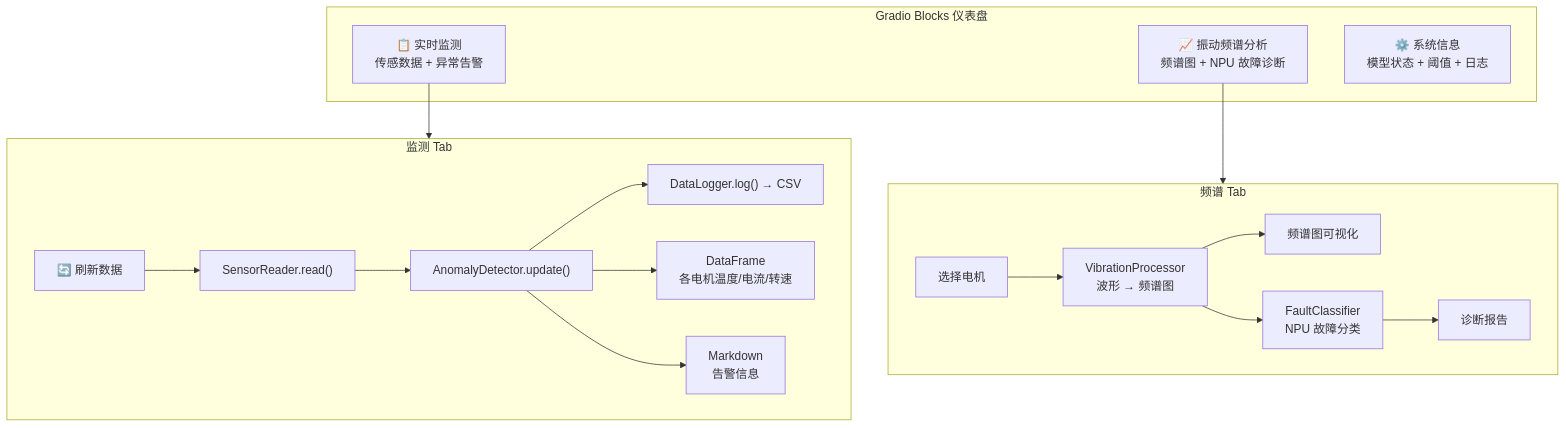
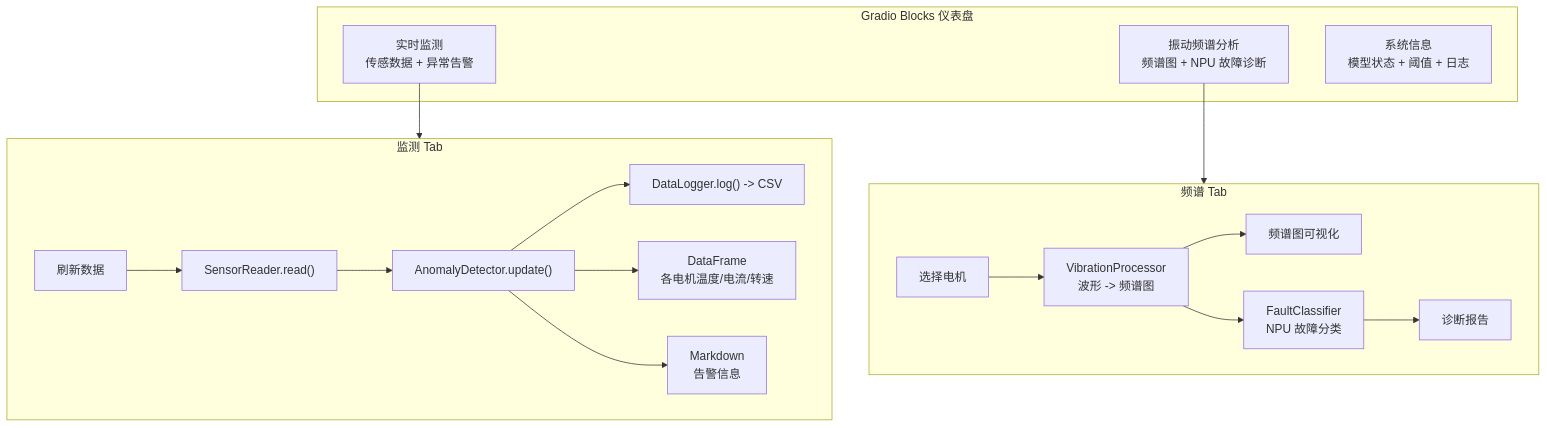
The sixth of 7 diagrams in src/experiment/case5.md (zhouxzh/Ascend310), drawn with Mermaid before and after one commit. The commit also changed other lines of this file and 51 other files, not shown here.

````diff
--- a/src/experiment/case5.md
+++ b/src/experiment/case5.md
@@ -382,26 +382,26 @@
 ```mermaid
 flowchart TD
     subgraph UI["Gradio Blocks 仪表盘"]
-        TAB1["📋 实时监测\n传感数据 + 异常告警"]
-        TAB2["📈 振动频谱分析\n频谱图 + NPU 故障诊断"]
-        TAB3["⚙️ 系统信息\n模型状态 + 阈值 + 日志"]
+        TAB1[" 实时监测\n传感数据 + 异常告警"]
+        TAB2[" 振动频谱分析\n频谱图 + NPU 故障诊断"]
+        TAB3[" 系统信息\n模型状态 + 阈值 + 日志"]
     end
 
     subgraph TAB1_DETAIL["监测 Tab"]
-        REFRESH["🔄 刷新数据"] --> SENSOR["SensorReader.read()"]
+        REFRESH[" 刷新数据"] --> SENSOR["SensorReader.read()"]
         SENSOR --> ANOMALY["AnomalyDetector.update()"]
-        ANOMALY --> LOG["DataLogger.log() → CSV"]
+        ANOMALY --> LOG["DataLogger.log() -> CSV"]
         ANOMALY --> TABLE["DataFrame\n各电机温度/电流/转速"]
         ANOMALY --> ALERT["Markdown\n告警信息"]
     end
 
     subgraph TAB2_DETAIL["频谱 Tab"]
-        SEL["选择电机"] --> VIB["VibrationProcessor\n波形 → 频谱图"]
+        SEL["选择电机"] --> VIB["VibrationProcessor\n波形 -> 频谱图"]
         VIB --> IMG["频谱图可视化"]
         VIB --> CLS["FaultClassifier\nNPU 故障分类"]
         CLS --> FAULT_MD["诊断报告"]
     end
 
     TAB1 --> TAB1_DETAIL
     TAB2 --> TAB2_DETAIL
 ```
````
